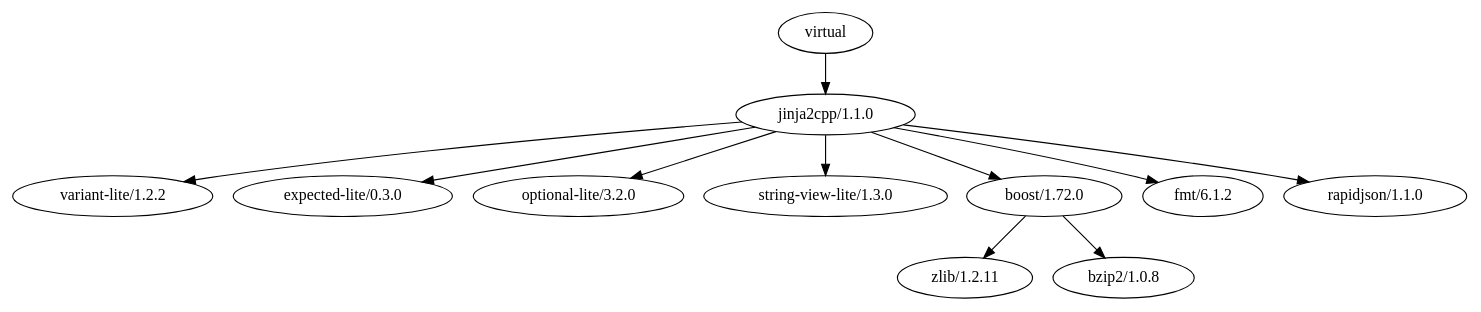
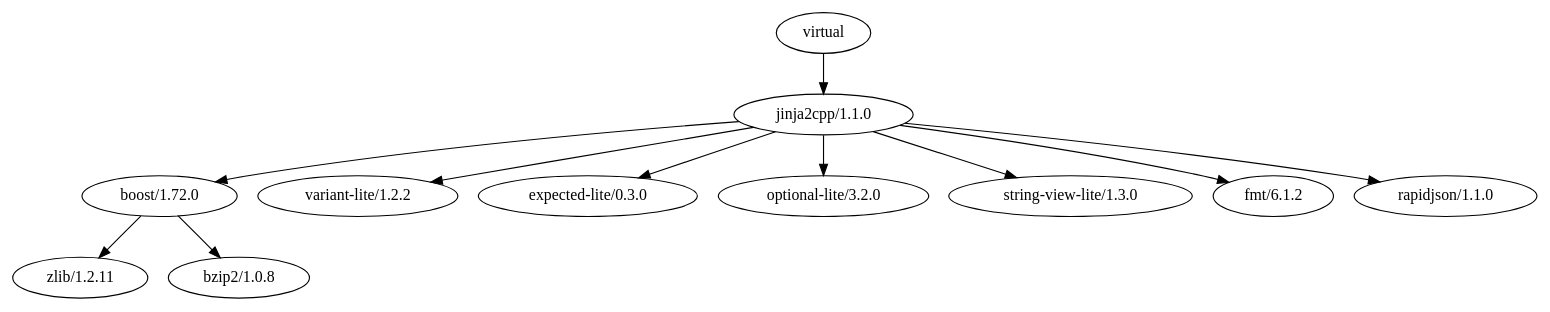
Before and after one commit to jgsogo/community-templates: the diagram in info_graph_dot/conan101.dot, drawn with Graphviz. The commit also changed other lines of this file and 1 other file, not shown here.

```diff
--- a/info_graph_dot/conan101.dot
+++ b/info_graph_dot/conan101.dot
@@ -1,12 +1,12 @@
 digraph {
+        "boost/1.72.0" -> "zlib/1.2.11"
+        "boost/1.72.0" -> "bzip2/1.0.8"
         "jinja2cpp/1.1.0" -> "variant-lite/1.2.2"
         "jinja2cpp/1.1.0" -> "expected-lite/0.3.0"
         "jinja2cpp/1.1.0" -> "optional-lite/3.2.0"
         "jinja2cpp/1.1.0" -> "string-view-lite/1.3.0"
         "jinja2cpp/1.1.0" -> "boost/1.72.0"
         "jinja2cpp/1.1.0" -> "fmt/6.1.2"
         "jinja2cpp/1.1.0" -> "rapidjson/1.1.0"
         "virtual" -> "jinja2cpp/1.1.0"
-        "boost/1.72.0" -> "zlib/1.2.11"
-        "boost/1.72.0" -> "bzip2/1.0.8"
 }
```
